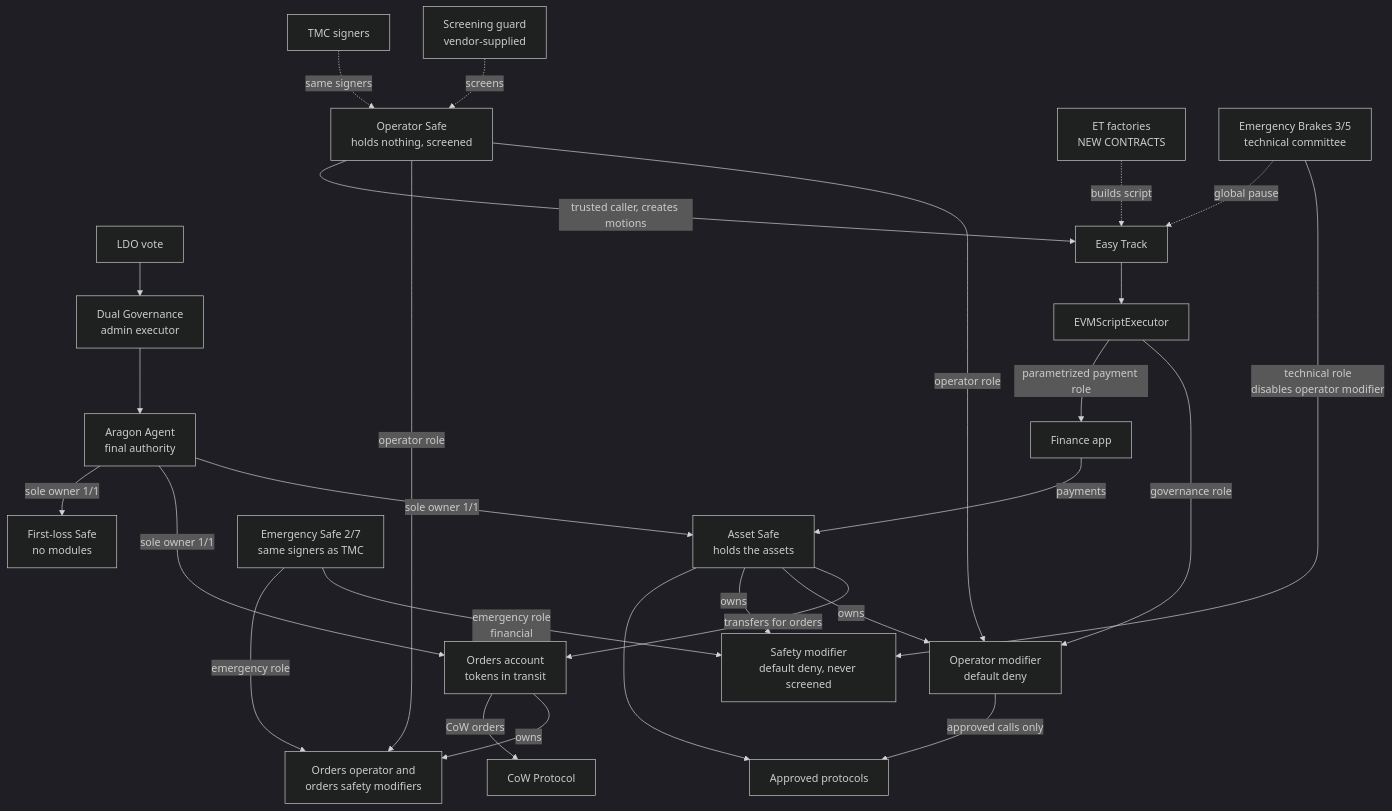
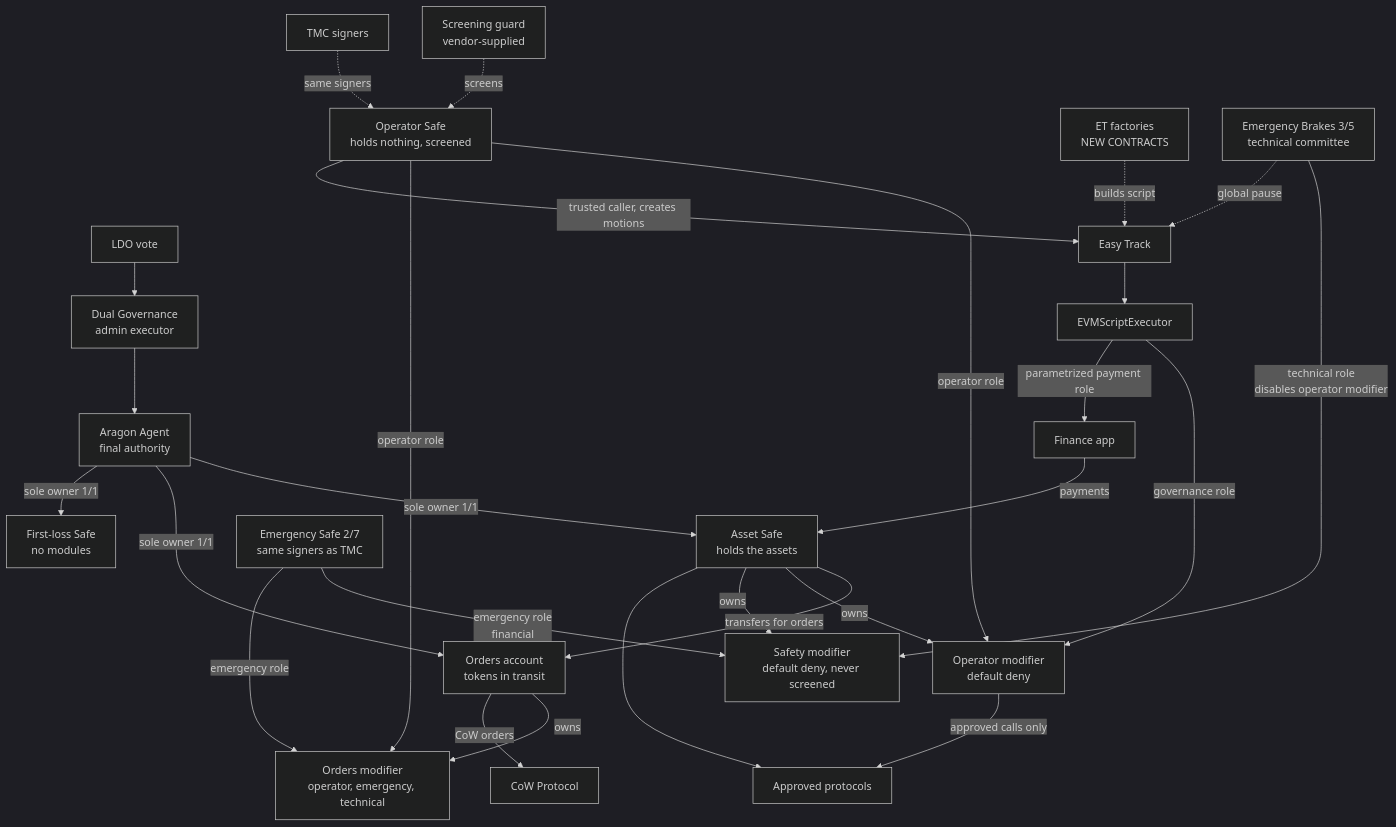
One commit to lidofinance/clutch changed the diagram in docs/specs/lip-draft.md. Above: the diagram before and after it, drawn with Mermaid (dark theme). The commit also changed other lines of this file and 42 other files, not shown here.

````diff
--- a/docs/specs/lip-draft.md
+++ b/docs/specs/lip-draft.md
@@ -106,33 +106,33 @@
 ```mermaid
 flowchart TD
     VOTE["LDO vote"] --> DG["Dual Governance<br/>admin executor"]
     DG --> AGENT["Aragon Agent<br/>final authority"]
     AGENT -->|sole owner 1/1| SAFE["Asset Safe<br/>holds the assets"]
     AGENT -->|sole owner 1/1| ORD["Orders account<br/>tokens in transit"]
     AGENT -->|sole owner 1/1| FL["First-loss Safe<br/>no modules"]
     SAFE -->|transfers for orders| ORD
-    ORD -->|owns| OMODS["Orders operator and<br/>orders safety modifiers"]
+    ORD -->|owns| OMODS["Orders modifier<br/>operator, emergency, technical"]
     ORD -->|CoW orders| COW["CoW Protocol"]
     SAFE -->|owns| ROLES["Operator modifier<br/>default deny"]
     SAFE -->|owns| SAFETY["Safety modifier<br/>default deny, never screened"]
     GUARD["Screening guard<br/>vendor-supplied"] -.->|screens| OPS
 
     ET["Easy Track"] --> EXEC["EVMScriptExecutor"]
     FACTORY["ET factories<br/>NEW CONTRACTS"] -.->|builds script| ET
     EXEC -->|governance role| ROLES
 
     TMC["TMC signers"] -.->|same signers| OPS["Operator Safe<br/>holds nothing, screened"]
     OPS -->|operator role| ROLES
     OPS -->|operator role| OMODS
     OPS -->|trusted caller, creates motions| ET
     EMS["Emergency Safe 2/7<br/>same signers as TMC"] -->|emergency role<br/>financial| SAFETY
     EMS -->|emergency role| OMODS
     EB["Emergency Brakes 3/5<br/>technical committee"] -->|technical role<br/>disables operator modifier| SAFETY
     EB -.->|global pause| ET
 
     ROLES -->|approved calls only| DEFI["Approved protocols"]
     SAFE --> DEFI
 
     FIN["Finance app"] -->|payments| SAFE
     EXEC -->|parametrized payment role| FIN
 ```
````
